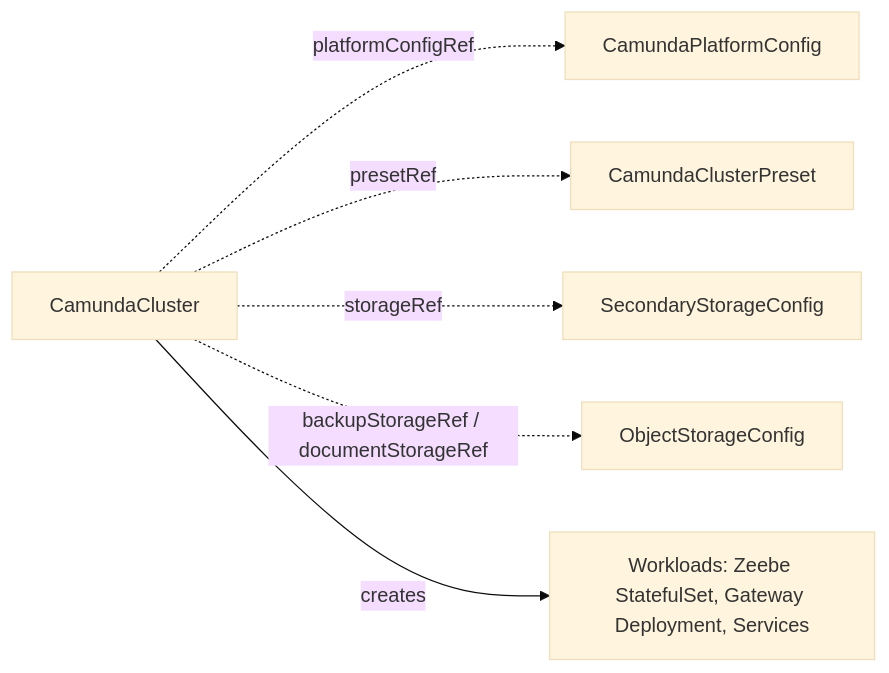
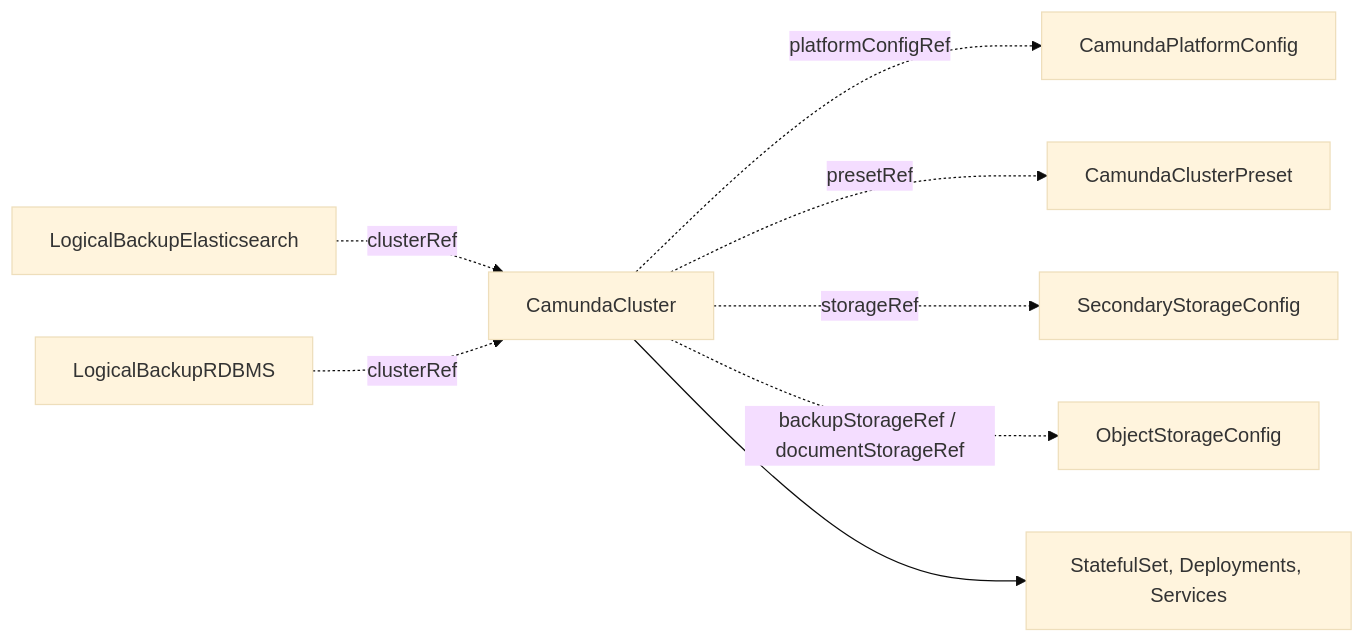
Before and after one commit to konsole-is/camunda-operator: the diagram in docs/crds/camundacluster.md, drawn with Mermaid (base theme). The commit also changed other lines of this file and 24 other files, not shown here.

````diff
--- a/docs/crds/camundacluster.md
+++ b/docs/crds/camundacluster.md
@@ -52,8 +21,10 @@
 ```mermaid
 graph LR
     CC[CamundaCluster] -.->|platformConfigRef| PFC[CamundaPlatformConfig]
     CC -.->|presetRef| CCP[CamundaClusterPreset]
-    CC -.->|storageRef| SSC["SecondaryStorageConfig"]
-    CC -.->|backupStorageRef / documentStorageRef| OSC["ObjectStorageConfig"]
-    CC -->|creates| WL["Workloads: Zeebe StatefulSet, Gateway Deployment, Services"]
+    CC -.->|storageRef| SSC[SecondaryStorageConfig]
+    CC -.->|backupStorageRef / documentStorageRef| OSC[ObjectStorageConfig]
+    CC --> WL["StatefulSet, Deployments, Services"]
+    LBE[LogicalBackupElasticsearch] -.->|clusterRef| CC
+    LBR[LogicalBackupRDBMS] -.->|clusterRef| CC
 ```
````
